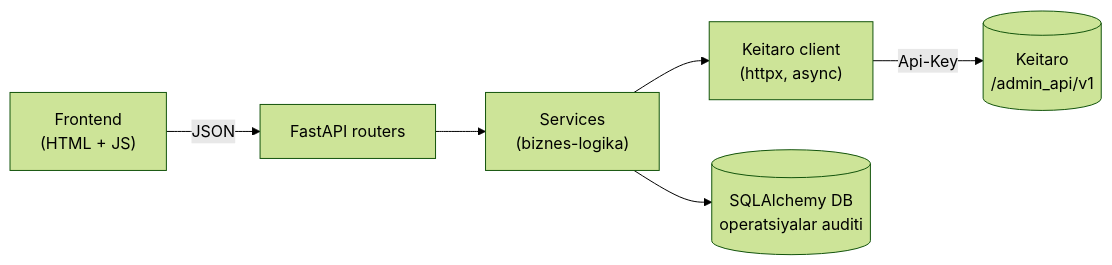
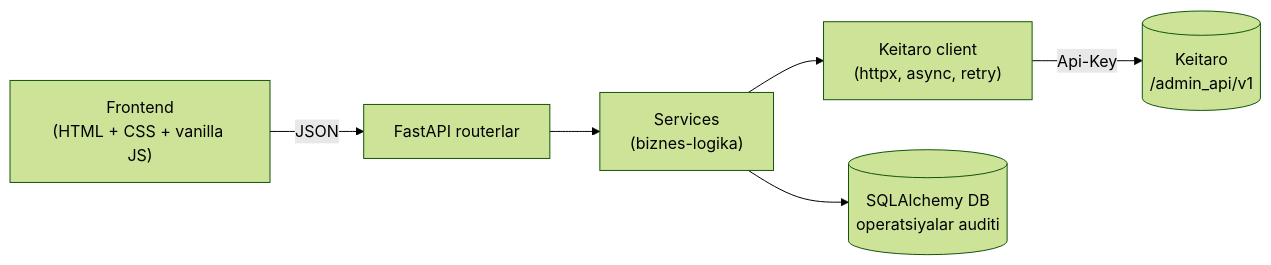
One commit to shakha1210-pixel/adrobot-keitaro changed the diagram in docs/ARCHITECTURE.uz.md. Above: the diagram before and after it, drawn with Mermaid (forest theme). The commit also changed other lines of this file and 4 other files, not shown here.

Commit message:
docs: bilingual READMEs, architecture and license

````diff
--- a/docs/ARCHITECTURE.uz.md
+++ b/docs/ARCHITECTURE.uz.md
@@ -27,8 +27,8 @@
 ```mermaid
 flowchart LR
-    UI["Frontend<br/>(HTML + JS)"] -->|JSON| R["FastAPI routers"]
+    UI["Frontend<br/>(HTML + CSS + vanilla JS)"] -->|JSON| R["FastAPI routerlar"]
     R --> S["Services<br/>(biznes-logika)"]
-    S --> K["Keitaro client<br/>(httpx, async)"]
+    S --> K["Keitaro client<br/>(httpx, async, retry)"]
     K -->|"Api-Key"| KT[("Keitaro<br/>/admin_api/v1")]
     S --> DB[("SQLAlchemy DB<br/>operatsiyalar auditi")]
 ```
````
